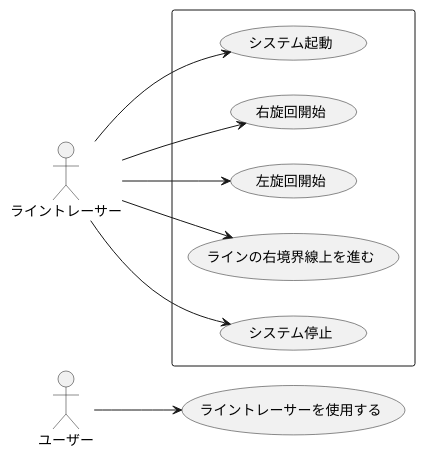
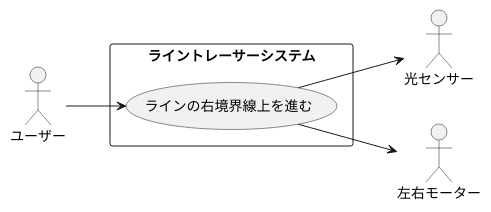
The diagram in 演習6-5-2_ユースケース図_ライントレーサー.pu (Tanifuji94/uml-introduction), drawn with PlantUML before and after one commit.

Commit message:
演習6‐5‐2

```diff
--- a/演習6-5-2_ユースケース図_ライントレーサー.pu
+++ b/演習6-5-2_ユースケース図_ライントレーサー.pu
@@ -1,14 +1,12 @@
-@startuml 演習6‐5‐2
+@startuml 演習6-5-2
 left to right direction
 actor ユーザー
-actor ライントレーサー as line
-ユーザー --> (ライントレーサーを使用する)
-
-rectangle {
-line --> (システム起動)
-line --> (右旋回開始)
-line --> (左旋回開始)
-line --> (ラインの右境界線上を進む)
-line --> (システム停止)
+actor 光センサー
+actor 左右モーター
+rectangle ライントレーサーシステム{
+    usecase "ラインの右境界線上を進む" as line
+ユーザー --> line
+line -->  光センサー
+line -->  左右モーター
 }
 @enduml
```
